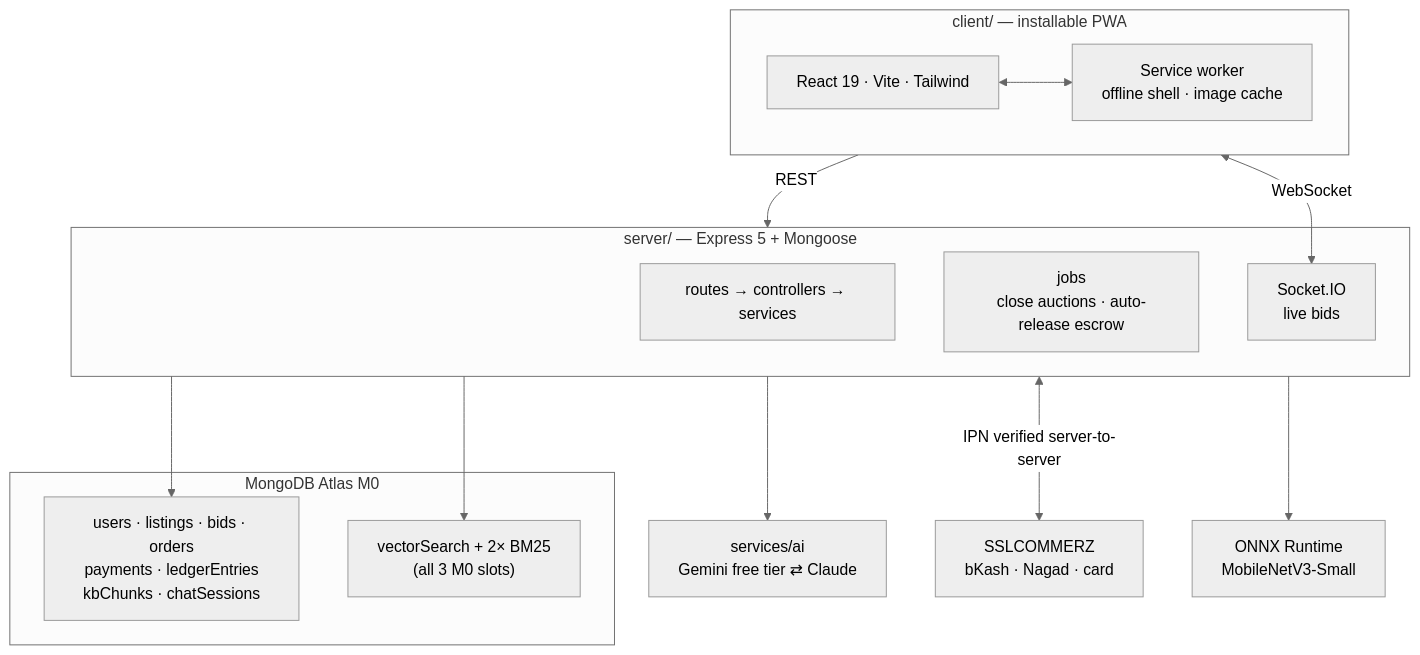
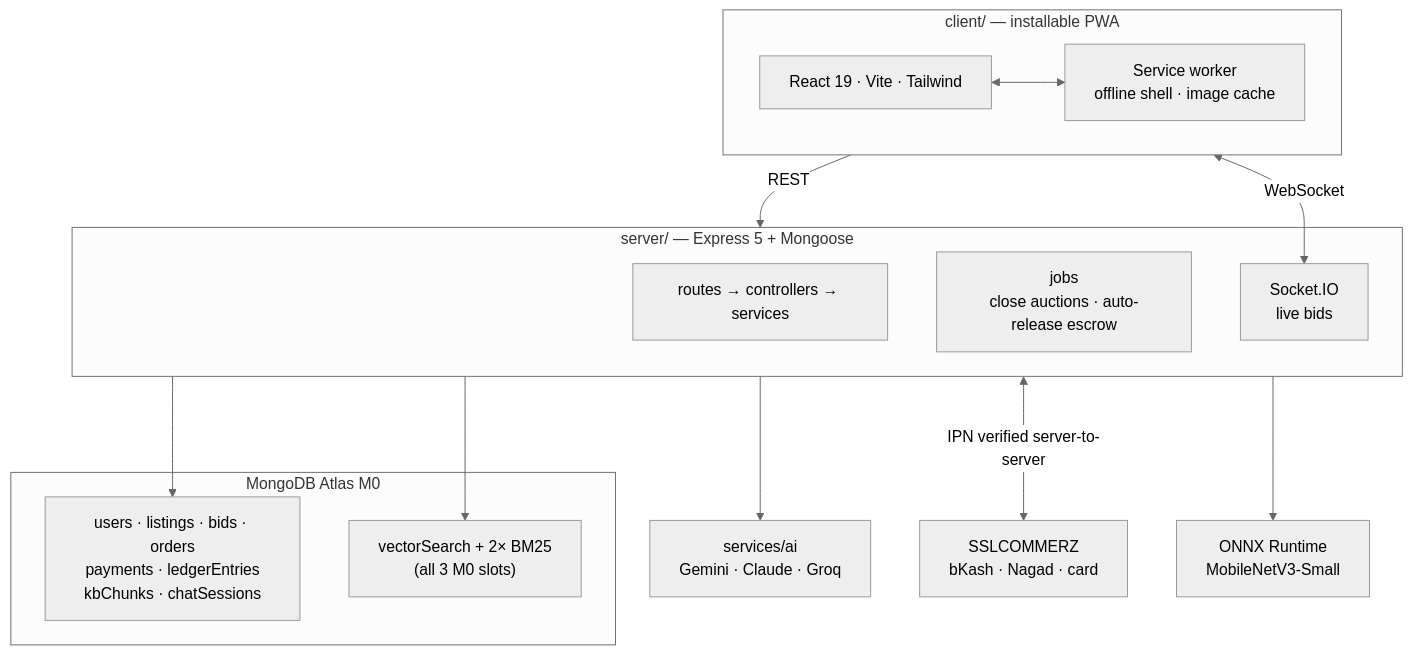
One commit to golammoula287/Krishibid_Software changed the diagram in README.md. Above: the diagram before and after it, drawn with Mermaid (neutral theme). The commit also changed other lines of this file and 11 other files, not shown here.

````diff
--- a/README.md
+++ b/README.md
@@ -40,31 +40,31 @@
 ```mermaid
 flowchart TB
     subgraph C["client/ — installable PWA"]
         UI["React 19 · Vite · Tailwind"]
         SW["Service worker<br/>offline shell · image cache"]
         UI <--> SW
     end
 
     subgraph S["server/ — Express 5 + Mongoose"]
         R["routes → controllers → services"]
         J["jobs<br/>close auctions · auto-release escrow"]
         WS["Socket.IO<br/>live bids"]
     end
 
     subgraph D["MongoDB Atlas M0"]
         COL["users · listings · bids · orders<br/>payments · ledgerEntries<br/>kbChunks · chatSessions"]
         IDX["vectorSearch + 2× BM25<br/>(all 3 M0 slots)"]
     end
 
-    AI["services/ai<br/>Gemini free tier ⇄ Claude"]
+    AI["services/ai<br/>Gemini · Claude · Groq"]
     GW["SSLCOMMERZ<br/>bKash · Nagad · card"]
     ONNX["ONNX Runtime<br/>MobileNetV3-Small"]
 
     C -->|REST| S
     C <-->|WebSocket| WS
     S --> COL
     S --> IDX
     S --> AI
     S --> ONNX
     S <-->|IPN verified server-to-server| GW
 ```
````
